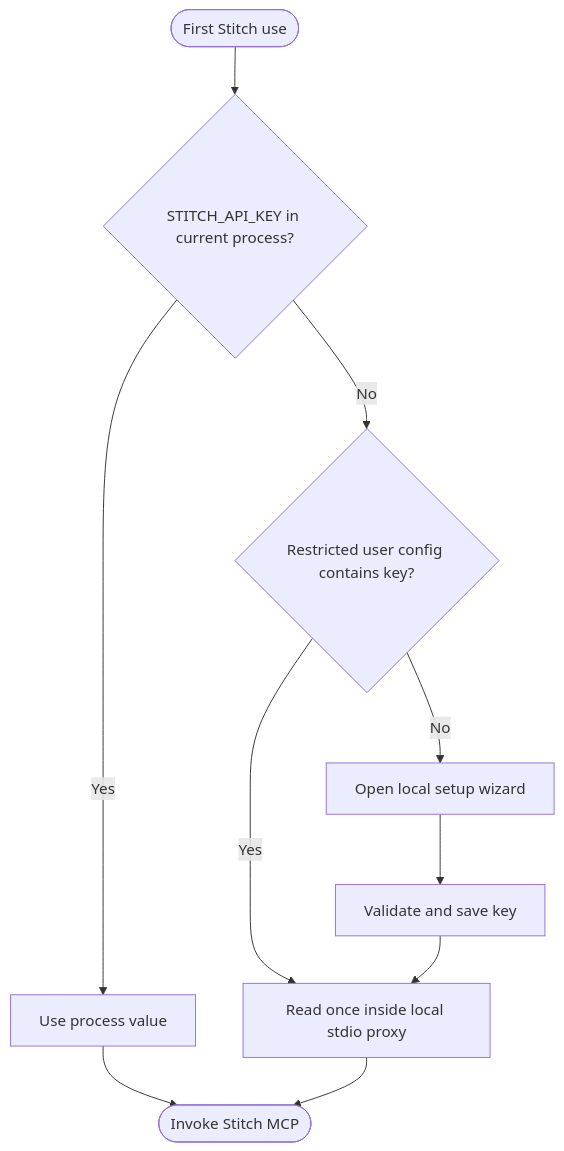
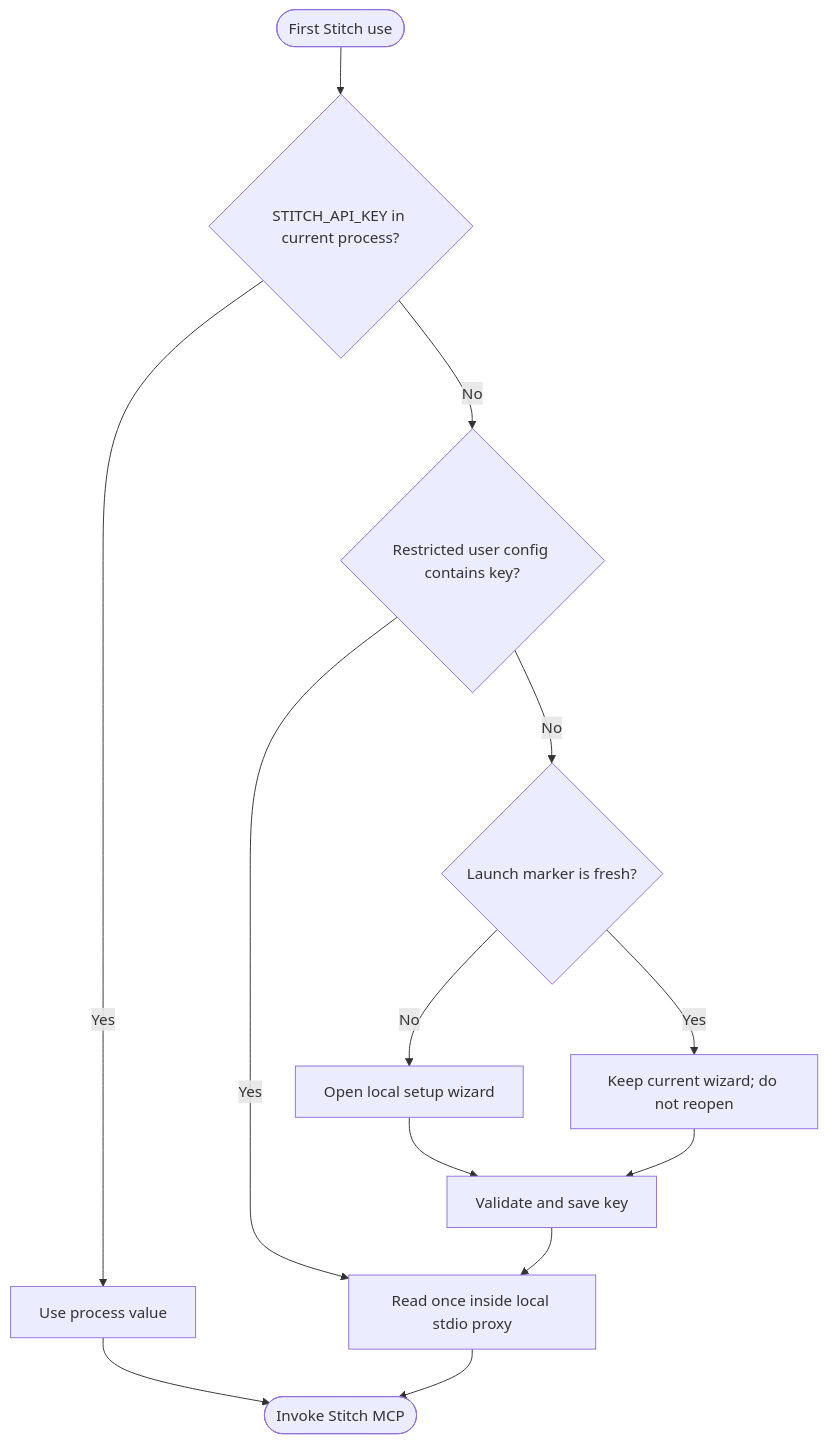
One commit to full-stack-plugins/stitch-design-plugin changed the second of 6 diagrams in docs/Stitch-Design-Technical-Solution.md. Above: the diagram before and after it, drawn with Mermaid. The commit also changed other lines of this file and 17 other files, not shown here.

Commit message:
fix: open Stitch token setup on authentication failure

````diff
--- a/docs/Stitch-Design-Technical-Solution.md
+++ b/docs/Stitch-Design-Technical-Solution.md
@@ -73,12 +74,15 @@
 ```mermaid
 flowchart TD
     Start(["First Stitch use"]) --> Env{"STITCH_API_KEY in current process?"}
     Env -->|Yes| Direct["Use process value"]
     Env -->|No| Store{"Restricted user config contains key?"}
     Store -->|Yes| Inject["Read once inside local stdio proxy"]
-    Store -->|No| Wizard["Open local setup wizard"]
+    Store -->|No| Gate{"Launch marker is fresh?"}
+    Gate -->|No| Wizard["Open local setup wizard"]
+    Gate -->|Yes| Wait["Keep current wizard; do not reopen"]
     Wizard --> Save["Validate and save key"]
     Save --> Inject
+    Wait --> Save
     Direct --> Ready(["Invoke Stitch MCP"])
     Inject --> Ready
 ```
````
